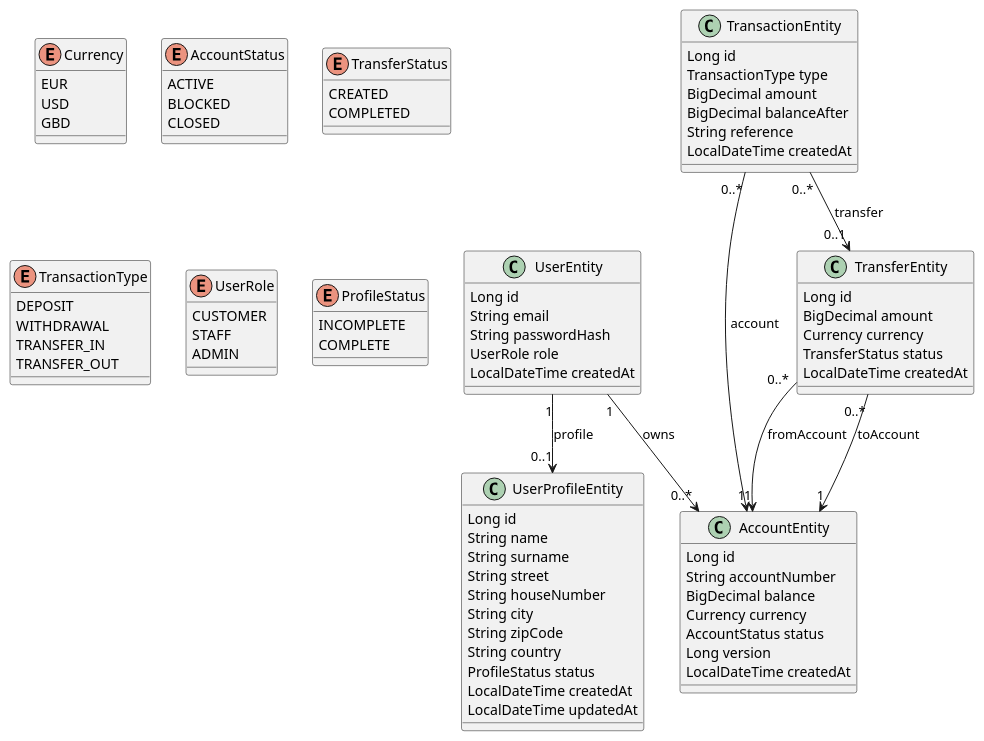
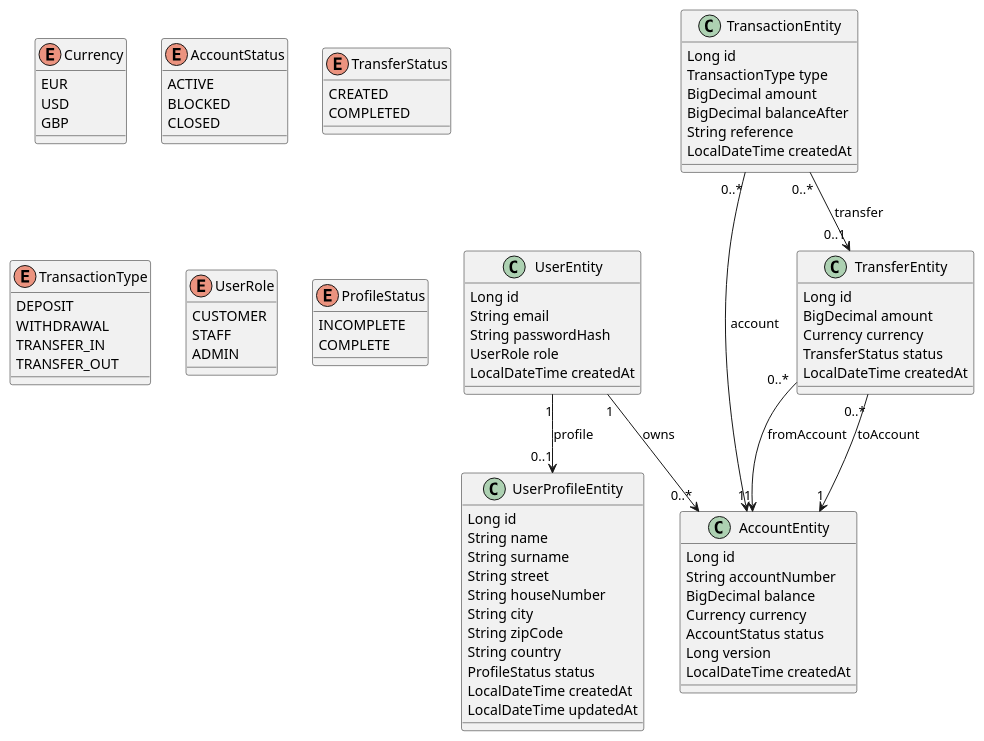
One commit to Dare2510/Digital-Banking-API changed the diagram in docs/class/class-diagram.puml. Above: the diagram before and after it, drawn with PlantUML. The commit also changed 6 other files, not shown here.

Commit message:
fixed: -wrong currency GBD to GBP. -wrong endpoint in updateUserRole -config error -added stateless session creation in SecurityConfig

```diff
--- a/docs/class/class-diagram.puml
+++ b/docs/class/class-diagram.puml
@@ -1,96 +1,96 @@
 @startuml
 
 class AccountEntity {
     Long id
     String accountNumber
     BigDecimal balance
     Currency currency
     AccountStatus status
     Long version
     LocalDateTime createdAt
 }
 
 class UserEntity {
     Long id
     String email
     String passwordHash
     UserRole role
     LocalDateTime createdAt
 }
 
 class UserProfileEntity {
     Long id
     String name
     String surname
     String street
     String houseNumber
     String city
     String zipCode
     String country
     ProfileStatus status
     LocalDateTime createdAt
     LocalDateTime updatedAt
 }
 
 class TransferEntity {
     Long id
     BigDecimal amount
     Currency currency
     TransferStatus status
     LocalDateTime createdAt
 }
 
 class TransactionEntity {
     Long id
     TransactionType type
     BigDecimal amount
     BigDecimal balanceAfter
     String reference
     LocalDateTime createdAt
 }
 
 enum Currency {
     EUR
     USD
-    GBD
+    GBP
 }
 
 enum AccountStatus {
     ACTIVE
     BLOCKED
     CLOSED
 }
 
 enum TransferStatus {
     CREATED
     COMPLETED
 }
 
 enum TransactionType {
     DEPOSIT
     WITHDRAWAL
     TRANSFER_IN
     TRANSFER_OUT
 }
 
 enum UserRole {
     CUSTOMER
     STAFF
     ADMIN
 }
 
 enum ProfileStatus {
     INCOMPLETE
     COMPLETE
 }
 
 UserEntity "1" --> "0..1" UserProfileEntity : profile
 UserEntity "1" --> "0..*" AccountEntity : owns
 
 TransferEntity "0..*" --> "1" AccountEntity : fromAccount
 TransferEntity "0..*" --> "1" AccountEntity : toAccount
 
 TransactionEntity "0..*" --> "1" AccountEntity : account
 TransactionEntity "0..*" --> "0..1" TransferEntity : transfer
 
 @enduml
```
